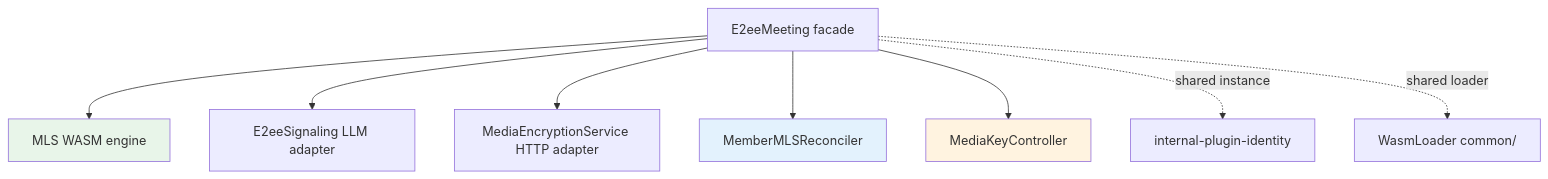
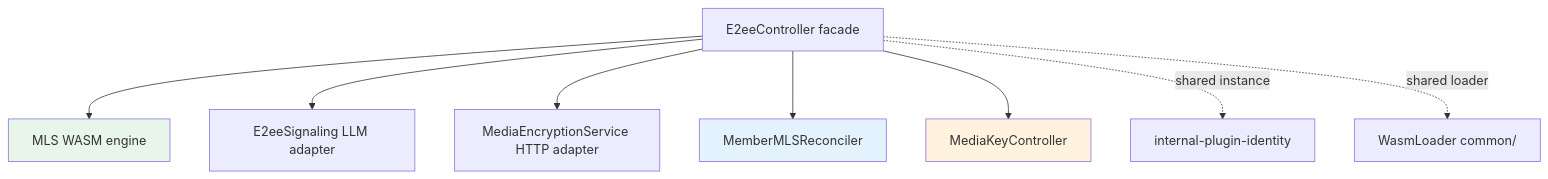
One commit to webex/webex-js-sdk changed the second of 3 diagrams in packages/@webex/plugin-meetings/src/e2ee/DESIGN.md. Above: the diagram before and after it, drawn with Mermaid. The commit also changed other lines of this file and 9 other files, not shown here.

Commit message:
fix: tidy up of dependencies, renamed E2eeMeeting to E2eeController

````diff
--- a/packages/@webex/plugin-meetings/src/e2ee/DESIGN.md
+++ b/packages/@webex/plugin-meetings/src/e2ee/DESIGN.md
@@ -126,14 +126,14 @@
 ```mermaid
 graph TD
-    E2eeMeeting[E2eeMeeting facade] --> MLS[MLS WASM engine]
-    E2eeMeeting --> Sig[E2eeSignaling LLM adapter]
-    E2eeMeeting --> Svc[MediaEncryptionService HTTP adapter]
-    E2eeMeeting --> Recon[MemberMLSReconciler]
-    E2eeMeeting --> MediaCtl[MediaKeyController]
-    E2eeMeeting -.->|shared instance| Ident[internal-plugin-identity]
-    E2eeMeeting -.->|shared loader| WasmLoader[WasmLoader common/]
+    E2eeController[E2eeController facade] --> MLS[MLS WASM engine]
+    E2eeController --> Sig[E2eeSignaling LLM adapter]
+    E2eeController --> Svc[MediaEncryptionService HTTP adapter]
+    E2eeController --> Recon[MemberMLSReconciler]
+    E2eeController --> MediaCtl[MediaKeyController]
+    E2eeController -.->|shared instance| Ident[internal-plugin-identity]
+    E2eeController -.->|shared loader| WasmLoader[WasmLoader common/]
 
     style MLS fill:#e8f5e9
     style Recon fill:#e3f2fd
     style MediaCtl fill:#fff3e0
 ```
````
